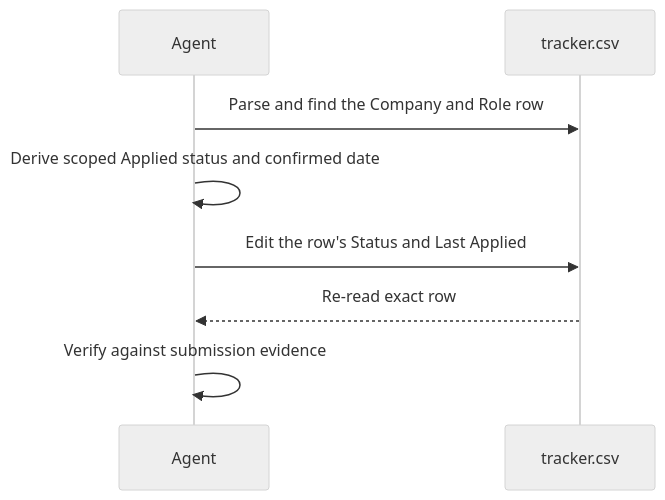
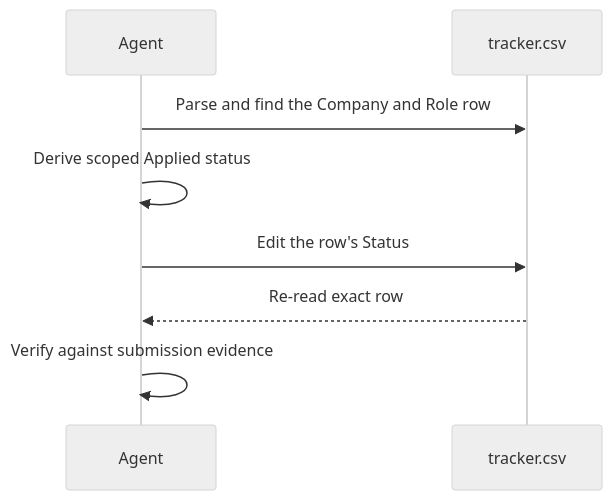
The diagram in linkedin-job-pilot/references/tracking.md (fsw0422/skills), drawn with Mermaid (neutral theme) before and after one commit. The commit also changed other lines of this file and 4 other files, not shown here.

First line of the commit message:
linkedin-job-pilot: drop Last Applied and Last Interviewed columns (#2)

```diff
--- a/linkedin-job-pilot/references/tracking.md
+++ b/linkedin-job-pilot/references/tracking.md
@@ -8,10 +8,10 @@
 ~~~mermaid
 sequenceDiagram
     participant A as Agent
     participant C as tracker.csv
     A->>C: Parse and find the Company and Role row
-    A->>A: Derive scoped Applied status and confirmed date
-    A->>C: Edit the row's Status and Last Applied
+    A->>A: Derive scoped Applied status
+    A->>C: Edit the row's Status
     C-->>A: Re-read exact row
     A->>A: Verify against submission evidence
 ~~~
```
